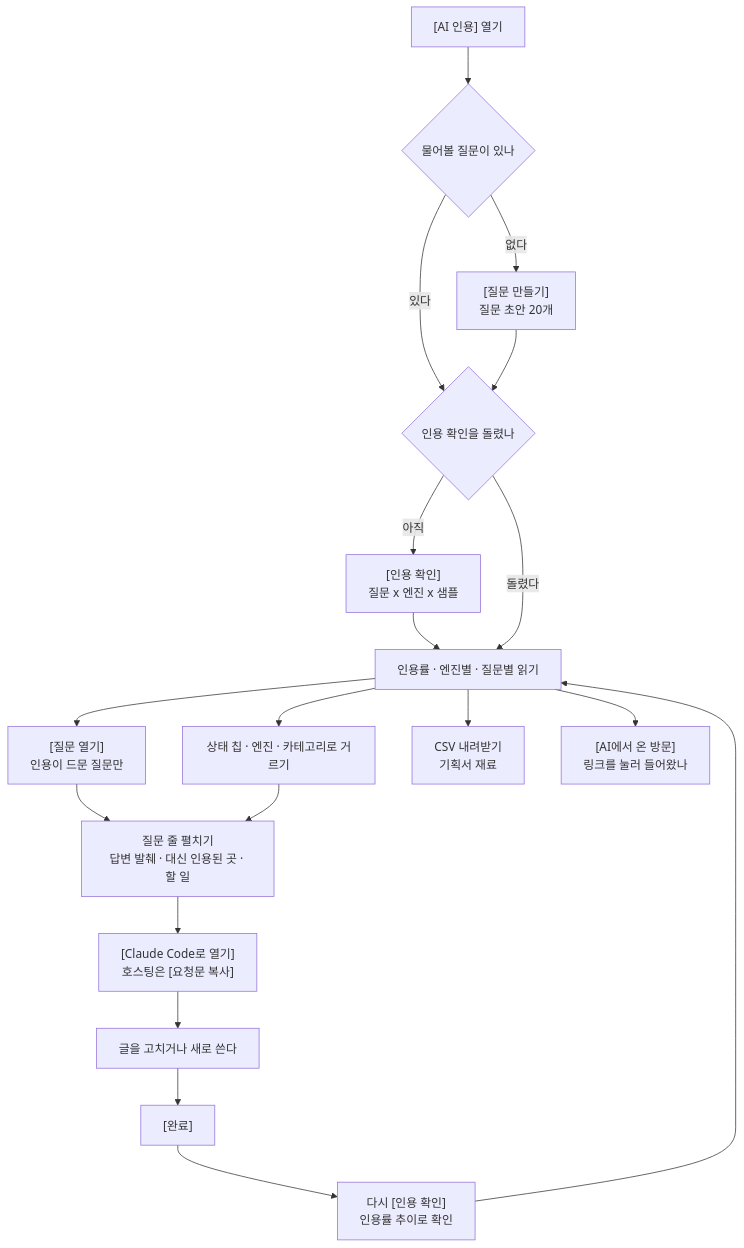
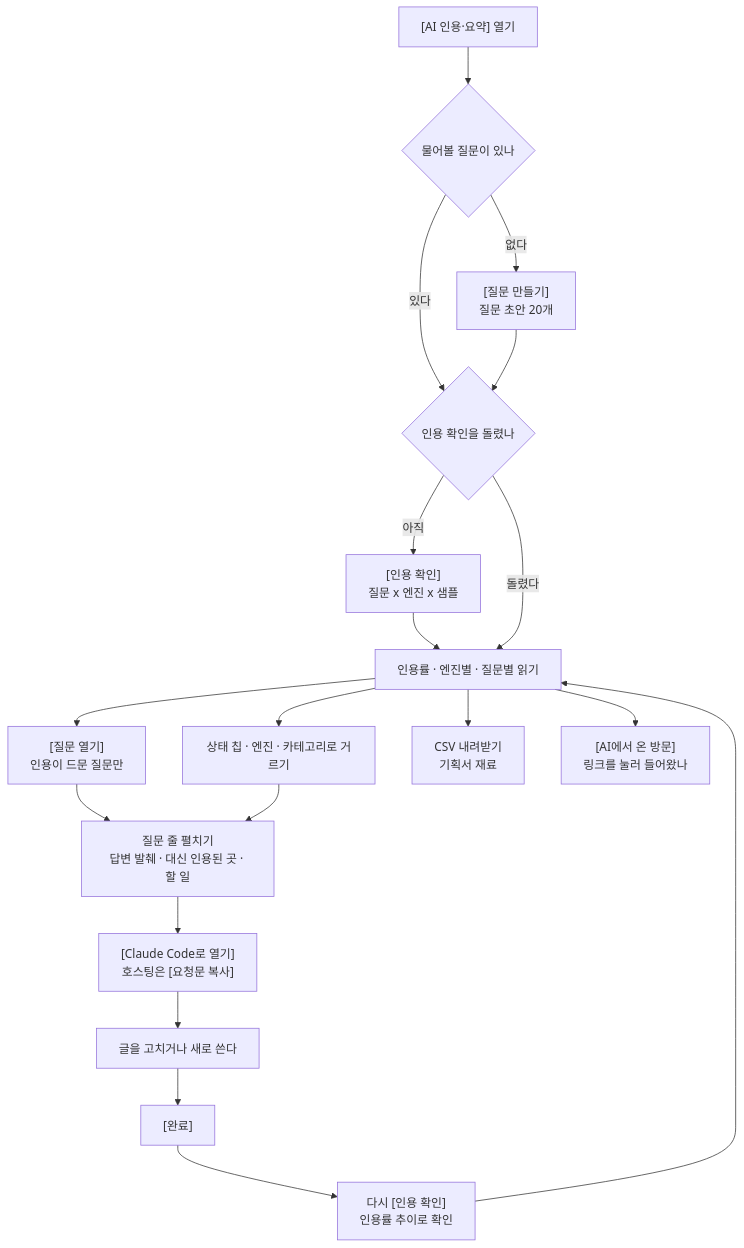
The diagram in docs/screens/ai.md (seanjr2847/seo-miner), drawn with Mermaid before and after one commit. The commit also changed other lines of this file and 49 other files, not shown here.

````diff
--- a/docs/screens/ai.md
+++ b/docs/screens/ai.md
@@ -113,21 +113,21 @@
 ```mermaid
 flowchart TD
-  A["[AI 인용] 열기"] --> B{"물어볼 질문이 있나"}
+  A["[AI 인용·요약] 열기"] --> B{"물어볼 질문이 있나"}
   B -->|"없다"| C["[질문 만들기]<br/>질문 초안 20개"]
   B -->|"있다"| D{"인용 확인을 돌렸나"}
   C --> D
   D -->|"아직"| E["[인용 확인]<br/>질문 x 엔진 x 샘플"]
   E --> F["인용률 · 엔진별 · 질문별 읽기"]
   D -->|"돌렸다"| F
   F --> G["[질문 열기]<br/>인용이 드문 질문만"]
   F --> H["상태 칩 · 엔진 · 카테고리로 거르기"]
   F --> I["CSV 내려받기<br/>기획서 재료"]
   F --> J["[AI에서 온 방문]<br/>링크를 눌러 들어왔나"]
   G --> K["질문 줄 펼치기<br/>답변 발췌 · 대신 인용된 곳 · 할 일"]
   H --> K
   K --> L["[Claude Code로 열기]<br/>호스팅은 [요청문 복사]"]
   L --> M["글을 고치거나 새로 쓴다"]
   M --> N["[완료]"]
   N --> O["다시 [인용 확인]<br/>인용률 추이로 확인"]
   O --> F
 ```
````
